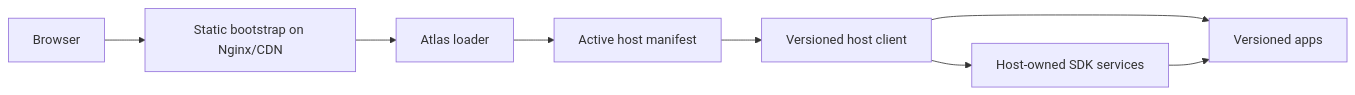
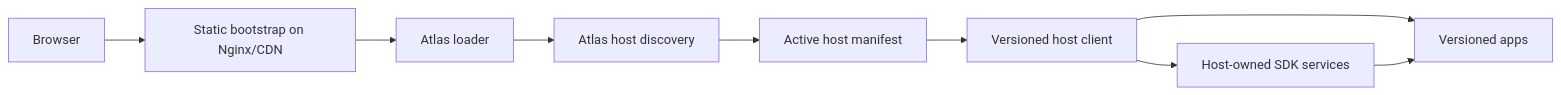
The diagram in README.md (bendaj11/atlas), drawn with Mermaid before and after one commit. The commit also changed other lines of this file and 224 other files, not shown here.

Commit message:
deploy architecture fix

````diff
--- a/README.md
+++ b/README.md
@@ -35,10 +35,11 @@
 ```mermaid
 flowchart LR
   Browser["Browser"] --> Bootstrap["Static bootstrap on Nginx/CDN"]
   Bootstrap --> Loader["Atlas loader"]
-  Loader --> Deployment["Active host manifest"]
+  Loader --> Discovery["Atlas host discovery"]
+  Discovery --> Deployment["Active host manifest"]
   Deployment --> Host["Versioned host client"]
   Host --> Apps["Versioned apps"]
   Host --> SDK["Host-owned SDK services"]
   SDK --> Apps
 ```
````
